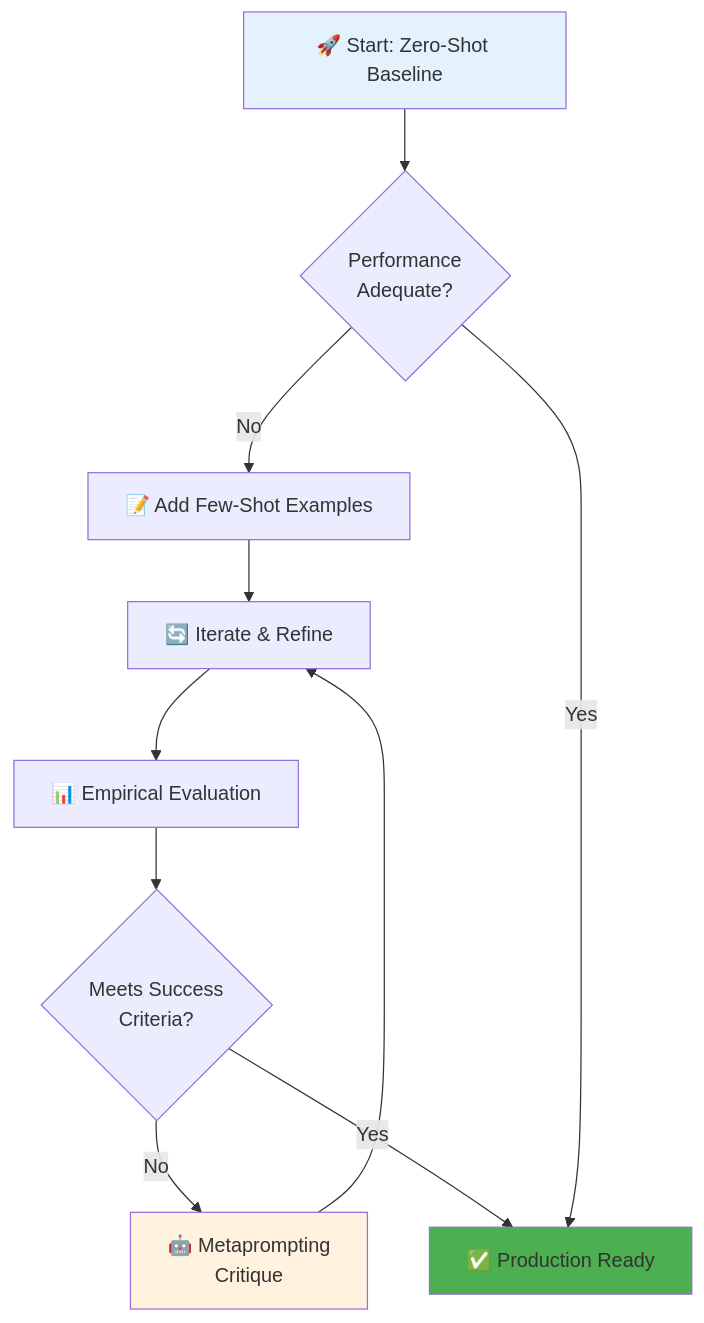
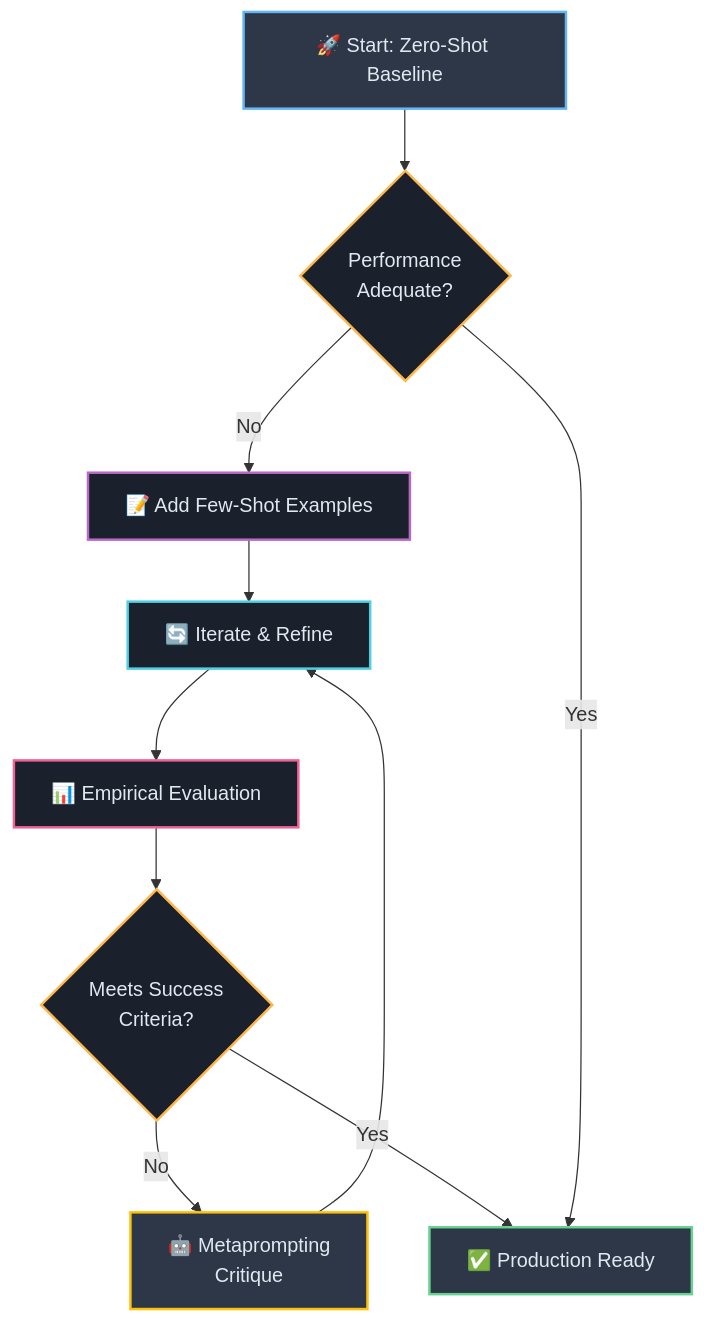
Before and after one commit to josemlopez/prompt_tutorial: the fourth of 4 diagrams in Part_I_Section_1_Foundational_Principles_of_Modern_Prompting.md, drawn with Mermaid. The commit also changed other lines of this file and 7 other files, not shown here.

````diff
--- a/Part_I_Section_1_Foundational_Principles_of_Modern_Prompting.md
+++ b/Part_I_Section_1_Foundational_Principles_of_Modern_Prompting.md
@@ -166,19 +175,24 @@
 ```mermaid
 graph TD
-    A[🚀 Start: Zero-Shot Baseline] --> B{Performance<br/>Adequate?}
-    
-    B -->|No| C[📝 Add Few-Shot Examples]
-    C --> D[🔄 Iterate & Refine]
-    D --> E[📊 Empirical Evaluation]
-    E --> F{Meets Success<br/>Criteria?}
-    
-    F -->|No| G[🤖 Metaprompting<br/>Critique]
-    G --> D
-    
-    F -->|Yes| H[✅ Production Ready]
-    B -->|Yes| H
-    
-    style A fill:#e3f2fd
-    style H fill:#4caf50
-    style G fill:#fff3e0
+   A[🚀 Start: Zero-Shot Baseline] --> B{Performance<br/>Adequate?}
+   
+   B -->|No| C[📝 Add Few-Shot Examples]
+   C --> D[🔄 Iterate & Refine]
+   D --> E[📊 Empirical Evaluation]
+   E --> F{Meets Success<br/>Criteria?}
+   
+   F -->|No| G[🤖 Metaprompting<br/>Critique]
+   G --> D
+   
+   F -->|Yes| H[✅ Production Ready]
+   B -->|Yes| H
+   
+   style A fill:#2d3748,stroke:#64b5f6,stroke-width:2px,color:#e2e8f0
+   style B fill:#1a202c,stroke:#ffb74d,stroke-width:2px,color:#e2e8f0
+   style C fill:#1a202c,stroke:#ba68c8,stroke-width:2px,color:#e2e8f0
+   style D fill:#1a202c,stroke:#4dd0e1,stroke-width:2px,color:#e2e8f0
+   style E fill:#1a202c,stroke:#f06292,stroke-width:2px,color:#e2e8f0
+   style F fill:#1a202c,stroke:#ffb74d,stroke-width:2px,color:#e2e8f0
+   style G fill:#2d3748,stroke:#ffc107,stroke-width:2px,color:#e2e8f0
+   style H fill:#2d3748,stroke:#68d391,stroke-width:2px,color:#e2e8f0
 ```
````
